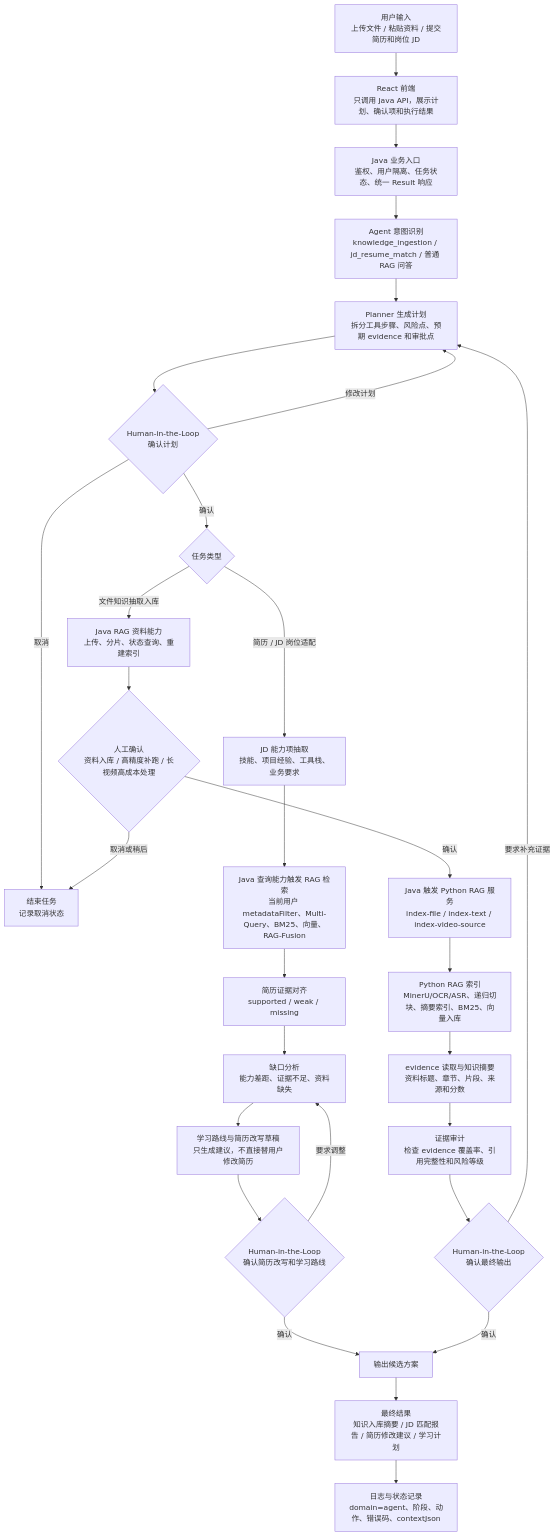
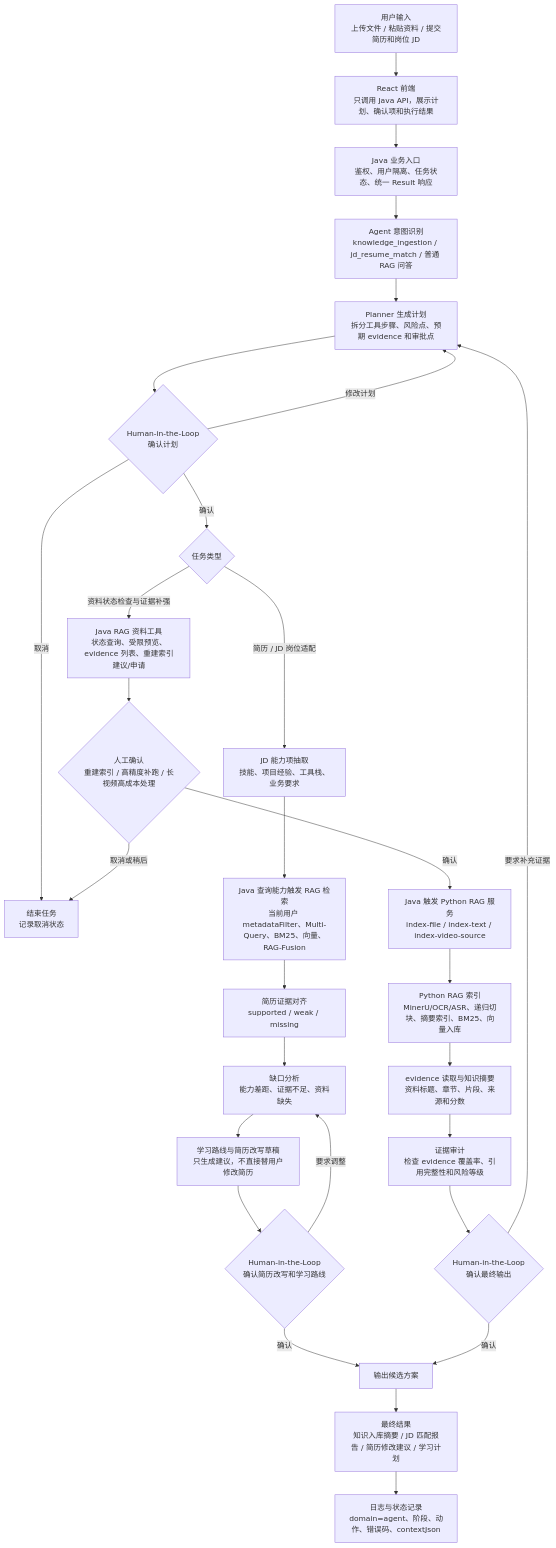
One commit to HeWhenJay/Multimodal-RAG-Agent-Learning-Evidence-Platform changed the fourth of 7 diagrams in README.md. Above: the diagram before and after it, drawn with Mermaid. The commit also changed other lines of this file, not shown here.

````diff
--- a/README.md
+++ b/README.md
@@ -213,34 +215,34 @@
 ```mermaid
 flowchart TD
     A0["用户输入<br/>上传文件 / 粘贴资料 / 提交简历和岗位 JD"] --> A1["React 前端<br/>只调用 Java API，展示计划、确认项和执行结果"]
     A1 --> A2["Java 业务入口<br/>鉴权、用户隔离、任务状态、统一 Result 响应"]
     A2 --> A3["Agent 意图识别<br/>knowledge_ingestion / jd_resume_match / 普通 RAG 问答"]
     A3 --> A4["Planner 生成计划<br/>拆分工具步骤、风险点、预期 evidence 和审批点"]
     A4 --> H1{"Human-in-the-Loop<br/>确认计划"}
     H1 -->|"修改计划"| A4
     H1 -->|"取消"| AX["结束任务<br/>记录取消状态"]
     H1 -->|"确认"| R0{"任务类型"}
 
-    R0 -->|"文件知识抽取入库"| K1["Java RAG 资料能力<br/>上传、分片、状态查询、重建索引"]
-    K1 --> H2{"人工确认<br/>资料入库 / 高精度补跑 / 长视频高成本处理"}
+    R0 -->|"资料状态检查与证据补强"| K1["Java RAG 资料工具<br/>状态查询、受限预览、evidence 列表、重建索引建议/申请"]
+    K1 --> H2{"人工确认<br/>重建索引 / 高精度补跑 / 长视频高成本处理"}
     H2 -->|"确认"| K2["Java 触发 Python RAG 服务<br/>index-file / index-text / index-video-source"]
     H2 -->|"取消或稍后"| AX
     K2 --> K3["Python RAG 索引<br/>MinerU/OCR/ASR、递归切块、摘要索引、BM25、向量入库"]
     K3 --> K4["evidence 读取与知识摘要<br/>资料标题、章节、片段、来源和分数"]
 
     R0 -->|"简历 / JD 岗位适配"| J1["JD 能力项抽取<br/>技能、项目经验、工具栈、业务要求"]
     J1 --> J2["Java 查询能力触发 RAG 检索<br/>当前用户 metadataFilter、Multi-Query、BM25、向量、RAG-Fusion"]
     J2 --> J3["简历证据对齐<br/>supported / weak / missing"]
     J3 --> J4["缺口分析<br/>能力差距、证据不足、资料缺失"]
     J4 --> J5["学习路线与简历改写草稿<br/>只生成建议，不直接替用户修改简历"]
     J5 --> H3{"Human-in-the-Loop<br/>确认简历改写和学习路线"}
     H3 -->|"要求调整"| J4
     H3 -->|"确认"| E1["输出候选方案"]
 
     K4 --> E0["证据审计<br/>检查 evidence 覆盖率、引用完整性和风险等级"]
     E0 --> H4{"Human-in-the-Loop<br/>确认最终输出"}
     H4 -->|"要求补充证据"| A4
     H4 -->|"确认"| E1
     E1 --> E2["最终结果<br/>知识入库摘要 / JD 匹配报告 / 简历修改建议 / 学习计划"]
     E2 --> L1["日志与状态记录<br/>domain=agent、阶段、动作、错误码、contextJson"]
 ```
````
